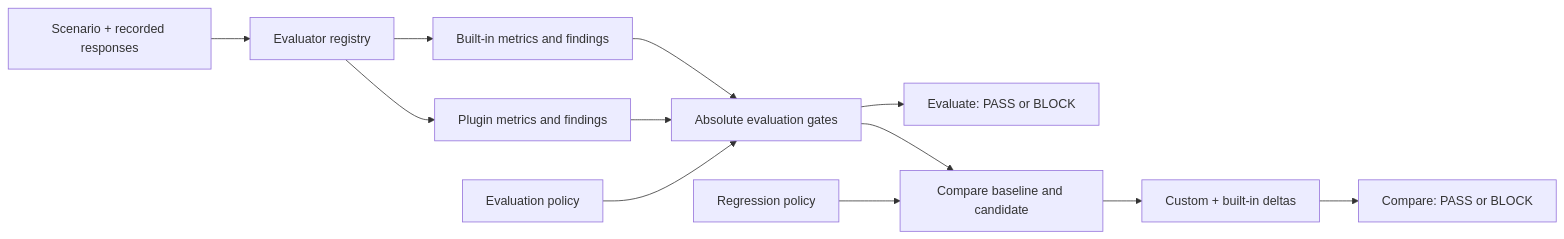
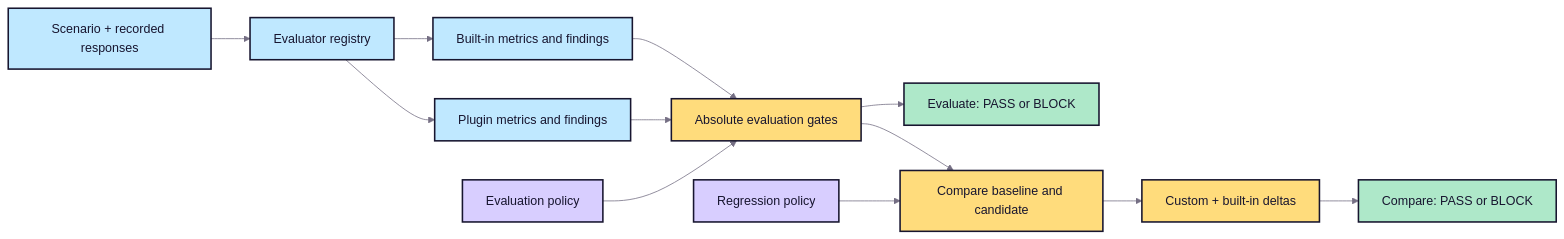
The diagram in docs/evaluation/evaluator-gates.md (thangldw/ragops), drawn with Mermaid before and after one commit. The commit also changed 39 other files, not shown here.

````diff
--- a/docs/evaluation/evaluator-gates.md
+++ b/docs/evaluation/evaluator-gates.md
@@ -7,14 +7,23 @@
 ```mermaid
+%%{init: {"theme":"base","fontFamily":"system-ui, -apple-system, BlinkMacSystemFont, Segoe UI, sans-serif","flowchart":{"curve":"basis"},"themeVariables":{"background":"#f8f6f0","primaryColor":"#ffdc7c","primaryTextColor":"#17152f","primaryBorderColor":"#17152f","secondaryColor":"#bfe8ff","tertiaryColor":"#d8ceff","lineColor":"#756f84","edgeLabelBackground":"#fffef9"}}}%%
 flowchart LR
     I["Scenario + recorded responses"] --> E["Evaluator registry"]
     E --> B["Built-in metrics and findings"]
     E --> P["Plugin metrics and findings"]
     B --> A["Absolute evaluation gates"]
     P --> A
     C["Evaluation policy"] --> A
     A --> V["Evaluate: PASS or BLOCK"]
     A --> X["Compare baseline and candidate"]
     R["Regression policy"] --> X
     X --> D["Custom + built-in deltas"]
     D --> Y["Compare: PASS or BLOCK"]
+    classDef input fill:#bfe8ff,stroke:#17152f,color:#17152f,stroke-width:2px;
+    classDef evaluate fill:#ffdc7c,stroke:#17152f,color:#17152f,stroke-width:2px;
+    classDef policy fill:#d8ceff,stroke:#17152f,color:#17152f,stroke-width:2px;
+    classDef decision fill:#aee8c9,stroke:#17152f,color:#17152f,stroke-width:2px;
+    class I,E,B,P input;
+    class A,X,D evaluate;
+    class C,R policy;
+    class V,Y decision;
 ```
````
